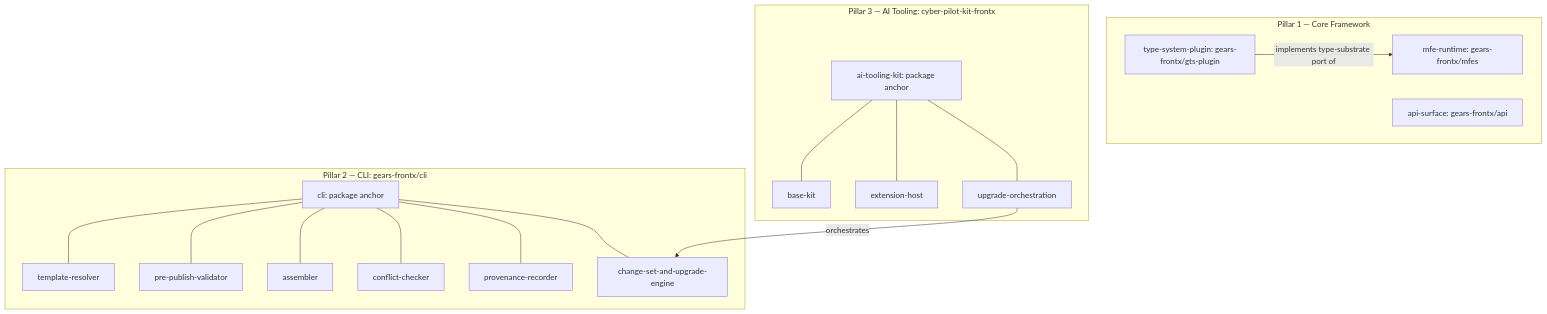
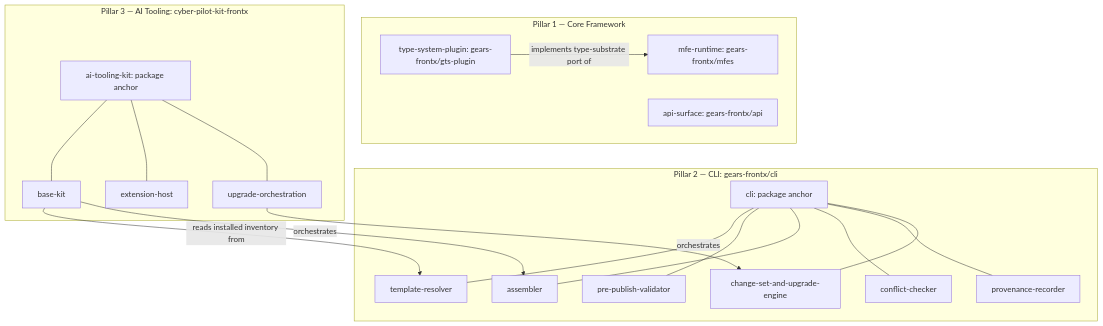
Before and after one commit to GeraBart/gears-frontx: the second of 6 diagrams in architecture/DESIGN.md, drawn with Mermaid. The commit also changed other lines of this file and 8 other files, not shown here.

````diff
--- a/architecture/DESIGN.md
+++ b/architecture/DESIGN.md
@@ -438,34 +438,36 @@
 ```mermaid
 graph TD
     subgraph Pillar1[Pillar 1 — Core Framework]
         MFES[mfe-runtime: gears-frontx/mfes]
         GTS[type-system-plugin: gears-frontx/gts-plugin]
         API[api-surface: gears-frontx/api]
     end
     subgraph Pillar2[Pillar 2 — CLI: gears-frontx/cli]
         CLI[cli: package anchor]
         RES[template-resolver]
         VAL[pre-publish-validator]
         ASM[assembler]
         CHK[conflict-checker]
         PROV[provenance-recorder]
         ENG[change-set-and-upgrade-engine]
         CLI --- RES
         CLI --- VAL
         CLI --- ASM
         CLI --- CHK
         CLI --- PROV
         CLI --- ENG
     end
     subgraph Pillar3[Pillar 3 — AI Tooling: cyber-pilot-kit-frontx]
         KIT[ai-tooling-kit: package anchor]
         BASE[base-kit]
         HOST[extension-host]
         ORCH[upgrade-orchestration]
         KIT --- BASE
         KIT --- HOST
         KIT --- ORCH
     end
     GTS -- implements type-substrate port of --> MFES
     ORCH -- orchestrates --> ENG
+    BASE -- reads installed inventory from --> RES
+    BASE -- orchestrates --> ASM
 ```
````
